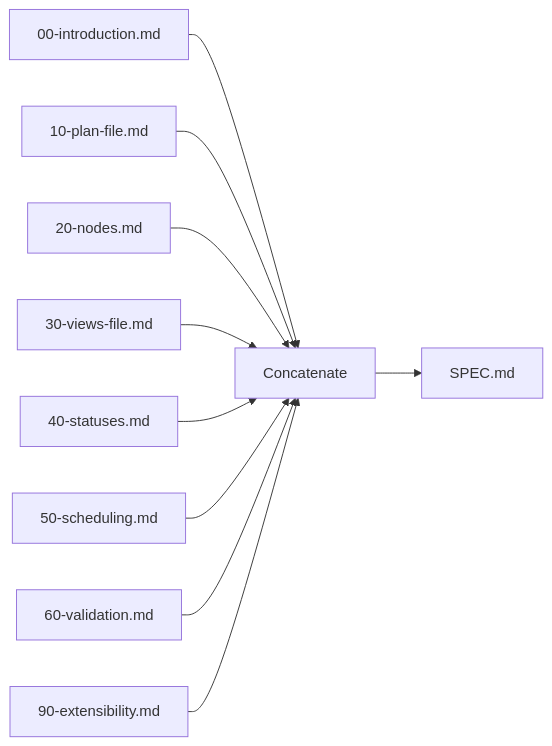
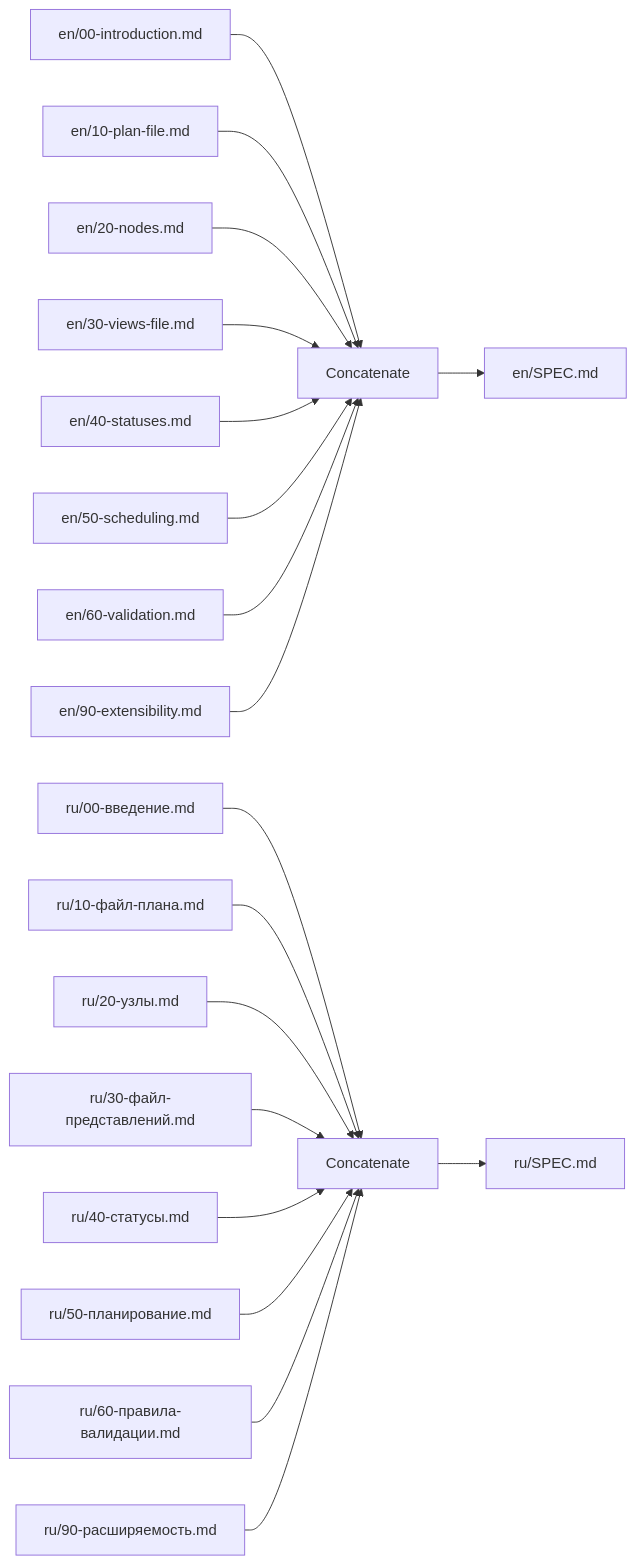
One commit to asukhodko/opskarta changed the fifth of 6 diagrams in .qoder/repowiki/en/content/Tooling and Utilities/Specification Builder.md. Above: the diagram before and after it, drawn with Mermaid. The commit also changed other lines of this file and 7 other files, not shown here.

````diff
--- a/.qoder/repowiki/en/content/Tooling and Utilities/Specification Builder.md
+++ b/.qoder/repowiki/en/content/Tooling and Utilities/Specification Builder.md
@@ -255,12 +336,21 @@
 ```mermaid
 graph LR
-Frag1["00-introduction.md"] --> Merge["Concatenate"]
-Frag2["10-plan-file.md"] --> Merge
-Frag3["20-nodes.md"] --> Merge
-Frag4["30-views-file.md"] --> Merge
-Frag5["40-statuses.md"] --> Merge
-Frag6["50-scheduling.md"] --> Merge
-Frag7["60-validation.md"] --> Merge
-Frag8["90-extensibility.md"] --> Merge
-Merge --> Out["SPEC.md"]
+EN_FRAG1["en/00-introduction.md"] --> EN_MERGE["Concatenate"]
+EN_FRAG2["en/10-plan-file.md"] --> EN_MERGE
+EN_FRAG3["en/20-nodes.md"] --> EN_MERGE
+EN_FRAG4["en/30-views-file.md"] --> EN_MERGE
+EN_FRAG5["en/40-statuses.md"] --> EN_MERGE
+EN_FRAG6["en/50-scheduling.md"] --> EN_MERGE
+EN_FRAG7["en/60-validation.md"] --> EN_MERGE
+EN_FRAG8["en/90-extensibility.md"] --> EN_MERGE
+EN_MERGE --> EN_OUT["en/SPEC.md"]
+RU_FRAG1["ru/00-введение.md"] --> RU_MERGE["Concatenate"]
+RU_FRAG2["ru/10-файл-плана.md"] --> RU_MERGE
+RU_FRAG3["ru/20-узлы.md"] --> RU_MERGE
+RU_FRAG4["ru/30-файл-представлений.md"] --> RU_MERGE
+RU_FRAG5["ru/40-статусы.md"] --> RU_MERGE
+RU_FRAG6["ru/50-планирование.md"] --> RU_MERGE
+RU_FRAG7["ru/60-правила-валидации.md"] --> RU_MERGE
+RU_FRAG8["ru/90-расширяемость.md"] --> RU_MERGE
+RU_MERGE --> RU_OUT["ru/SPEC.md"]
 ```
````
